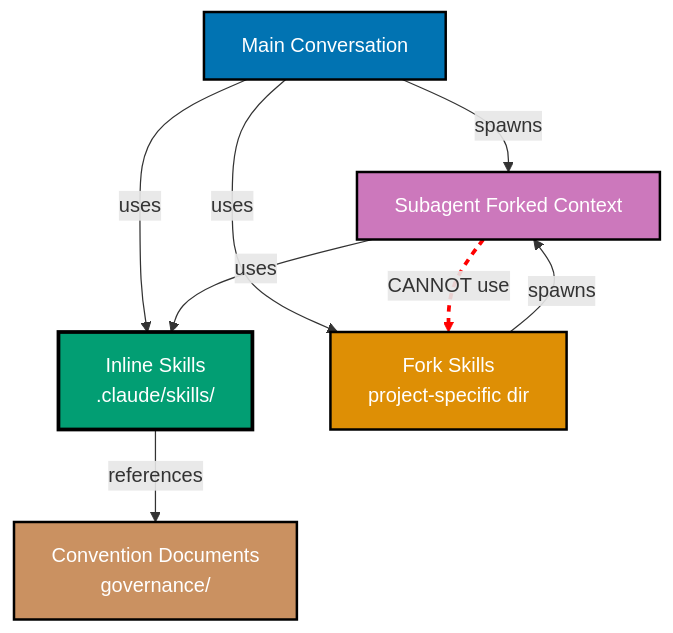
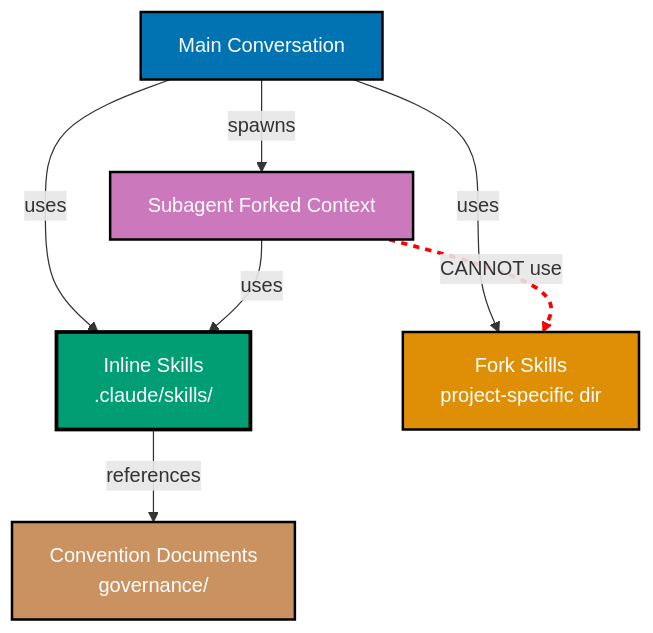
The diagram in governance/development/agents/skill-context-architecture.md (wahidyankf/open-sharia-enterprise), drawn with Mermaid before and after one commit. The commit also changed 15 other files, not shown here.

First line of the commit message:
fix(governance): fix pre-existing mermaid diagram violations in governance docs

````diff
--- a/governance/development/agents/skill-context-architecture.md
+++ b/governance/development/agents/skill-context-architecture.md
@@ -230,24 +230,17 @@
 ```mermaid
 graph TD
-    MC[Main Conversation]
-    SA[Subagent Forked Context]
-    IS[Inline Skills<br/>.claude/skills/]
-    FS[Fork Skills<br/>project-specific dir]
-    CONV[Convention Documents<br/>governance/]
-
-    MC -->|spawns| SA
-    MC -->|uses| IS
-    MC -->|uses| FS
+    MC[Main Conversation] -->|spawns| SA[Subagent Forked Context]
+    MC -->|uses| IS[Inline Skills<br/>.claude/skills/]
+    MC -->|uses| FS[Fork Skills<br/>project-specific dir]
     SA -->|uses| IS
     SA -->|CANNOT use| FS
-    IS -->|references| CONV
-    FS -->|spawns| SA
+    IS -->|references| CONV[Convention Documents<br/>governance/]
 
     style MC fill:#0173B2,stroke:#000000,color:#FFFFFF,stroke-width:2px
     style SA fill:#CC78BC,stroke:#000000,color:#FFFFFF,stroke-width:2px
     style IS fill:#029E73,stroke:#000000,color:#FFFFFF,stroke-width:3px
     style FS fill:#DE8F05,stroke:#000000,color:#FFFFFF,stroke-width:2px
     style CONV fill:#CA9161,stroke:#000000,color:#FFFFFF,stroke-width:2px
 
     linkStyle 4 stroke:#FF0000,stroke-width:3px,stroke-dasharray:5
 ```
````
